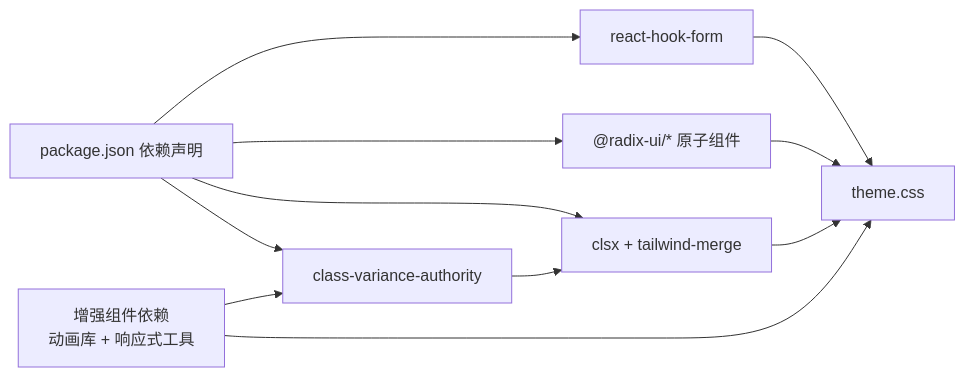
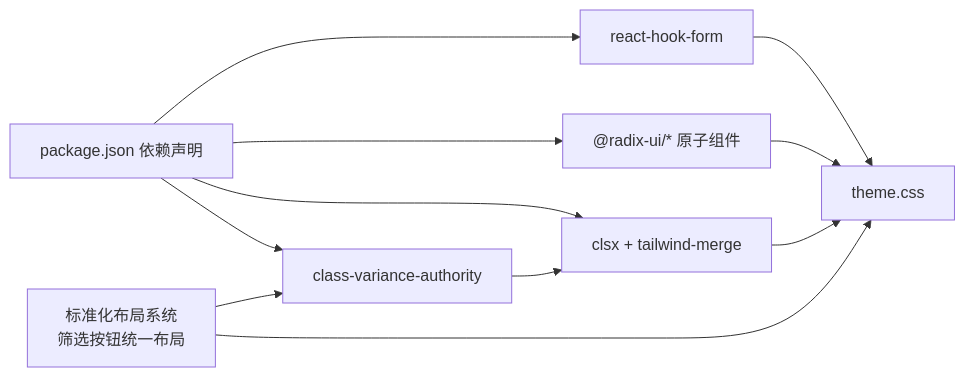
Before and after one commit to chinak/permission_apply: the third of 3 diagrams in .qoder/repowiki/zh/content/UI组件库/UI组件库.md, drawn with Mermaid. The commit also changed other lines of this file and 43 other files, not shown here.

````diff
--- a/.qoder/repowiki/zh/content/UI组件库/UI组件库.md
+++ b/.qoder/repowiki/zh/content/UI组件库/UI组件库.md
@@ -377,20 +377,20 @@
 ```mermaid
 graph LR
 P["package.json 依赖声明"]
 R["@radix-ui/* 原子组件"]
 CVA["class-variance-authority"]
 CLSX["clsx + tailwind-merge"]
 RHF["react-hook-form"]
 THEME["theme.css"]
-ENHANCED["增强组件依赖<br/>动画库 + 响应式工具"]
+STANDARDIZED["标准化布局系统<br/>筛选按钮统一布局"]
 P --> R
 P --> CVA
 P --> CLSX
 P --> RHF
 CVA --> CLSX
 RHF --> THEME
 R --> THEME
 CLSX --> THEME
-ENHANCED --> CVA
-ENHANCED --> THEME
+STANDARDIZED --> CVA
+STANDARDIZED --> THEME
 ```
````
